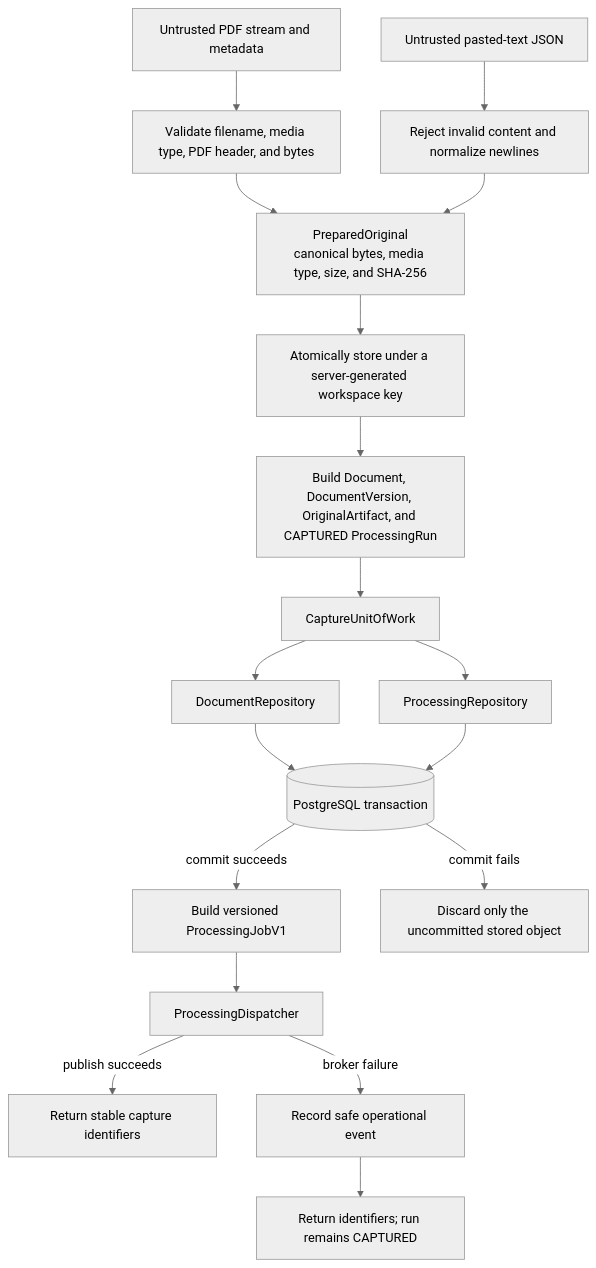
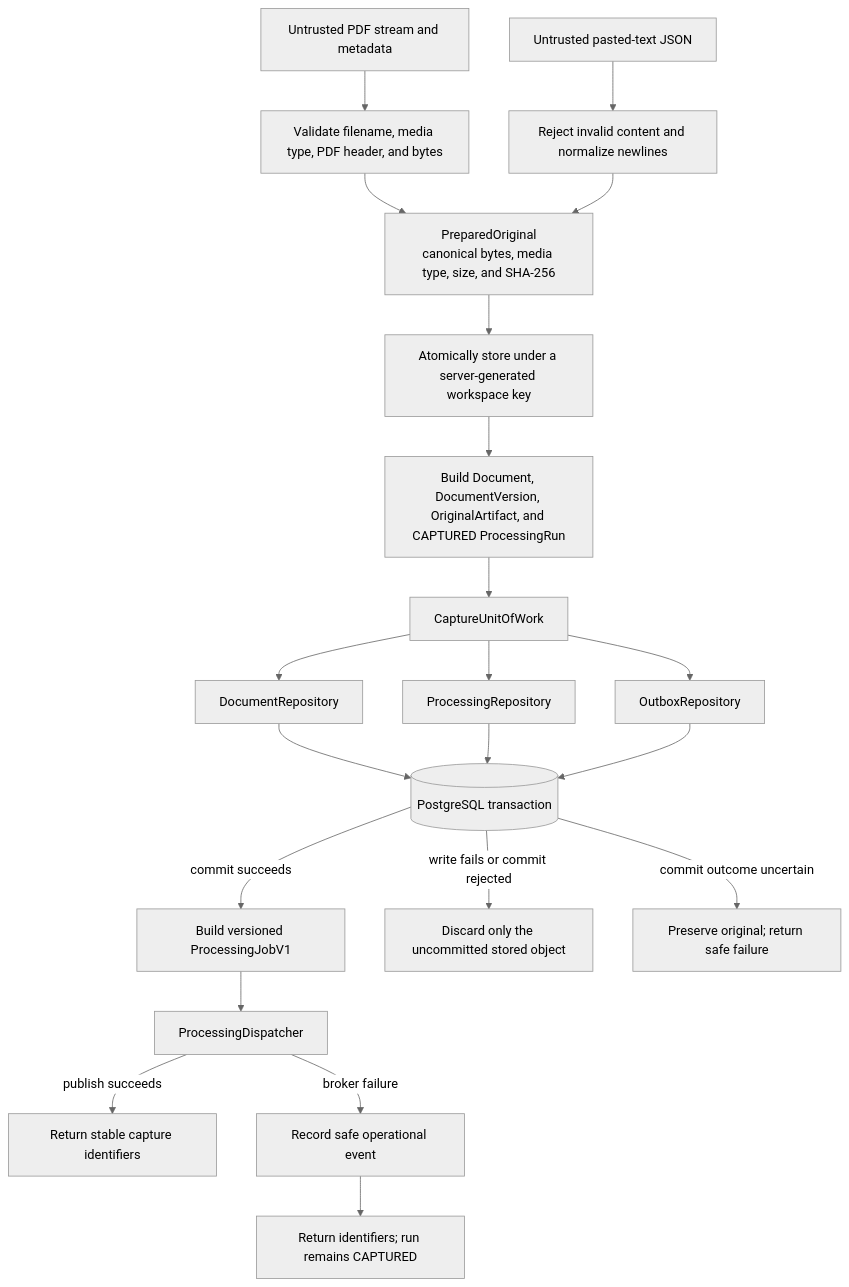
The second of 6 diagrams in backend/src/investment_research/modules/documents/README.md (rnkraus/investment-research), drawn with Mermaid (neutral theme) before and after one commit. The commit also changed other lines of this file and 5 other files, not shown here.

````diff
--- a/backend/src/investment_research/modules/documents/README.md
+++ b/backend/src/investment_research/modules/documents/README.md
@@ -30,20 +30,23 @@
 ```mermaid
 flowchart TD
     PDF[Untrusted PDF stream and metadata] --> PDF_VALIDATE[Validate filename, media type, PDF header, and bytes]
     TEXT[Untrusted pasted-text JSON] --> TEXT_VALIDATE[Reject invalid content and normalize newlines]
     PDF_VALIDATE --> PREPARED[PreparedOriginal<br/>canonical bytes, media type, size, and SHA-256]
     TEXT_VALIDATE --> PREPARED
     PREPARED --> STORE[Atomically store under a server-generated workspace key]
     STORE --> BUILD[Build Document, DocumentVersion, OriginalArtifact, and CAPTURED ProcessingRun]
     BUILD --> UOW[CaptureUnitOfWork]
     UOW --> DOCS[DocumentRepository]
     UOW --> PROCESSING[ProcessingRepository]
+    UOW --> OUTBOX[OutboxRepository]
     DOCS --> PG[(PostgreSQL transaction)]
     PROCESSING --> PG
+    OUTBOX --> PG
     PG -->|commit succeeds| JOB[Build versioned ProcessingJobV1]
     JOB --> DISPATCH[ProcessingDispatcher]
     DISPATCH -->|publish succeeds| RESULT[Return stable capture identifiers]
     DISPATCH -->|broker failure| LOG[Record safe operational event]
     LOG --> CAPTURED[Return identifiers; run remains CAPTURED]
-    PG -->|commit fails| DISCARD[Discard only the uncommitted stored object]
+    PG -->|write fails or commit rejected| DISCARD[Discard only the uncommitted stored object]
+    PG -->|commit outcome uncertain| KEEP[Preserve original; return safe failure]
 ```
````
